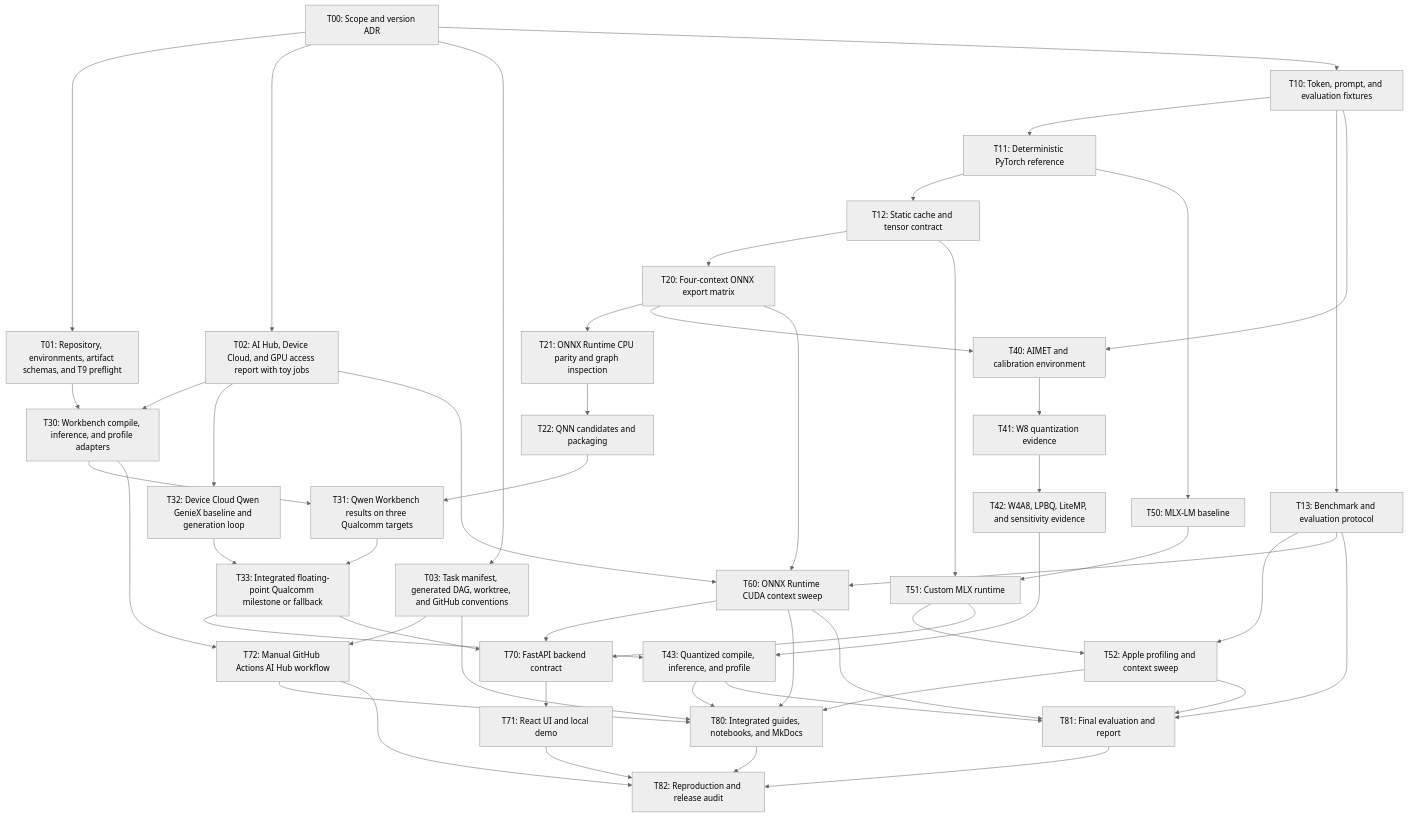
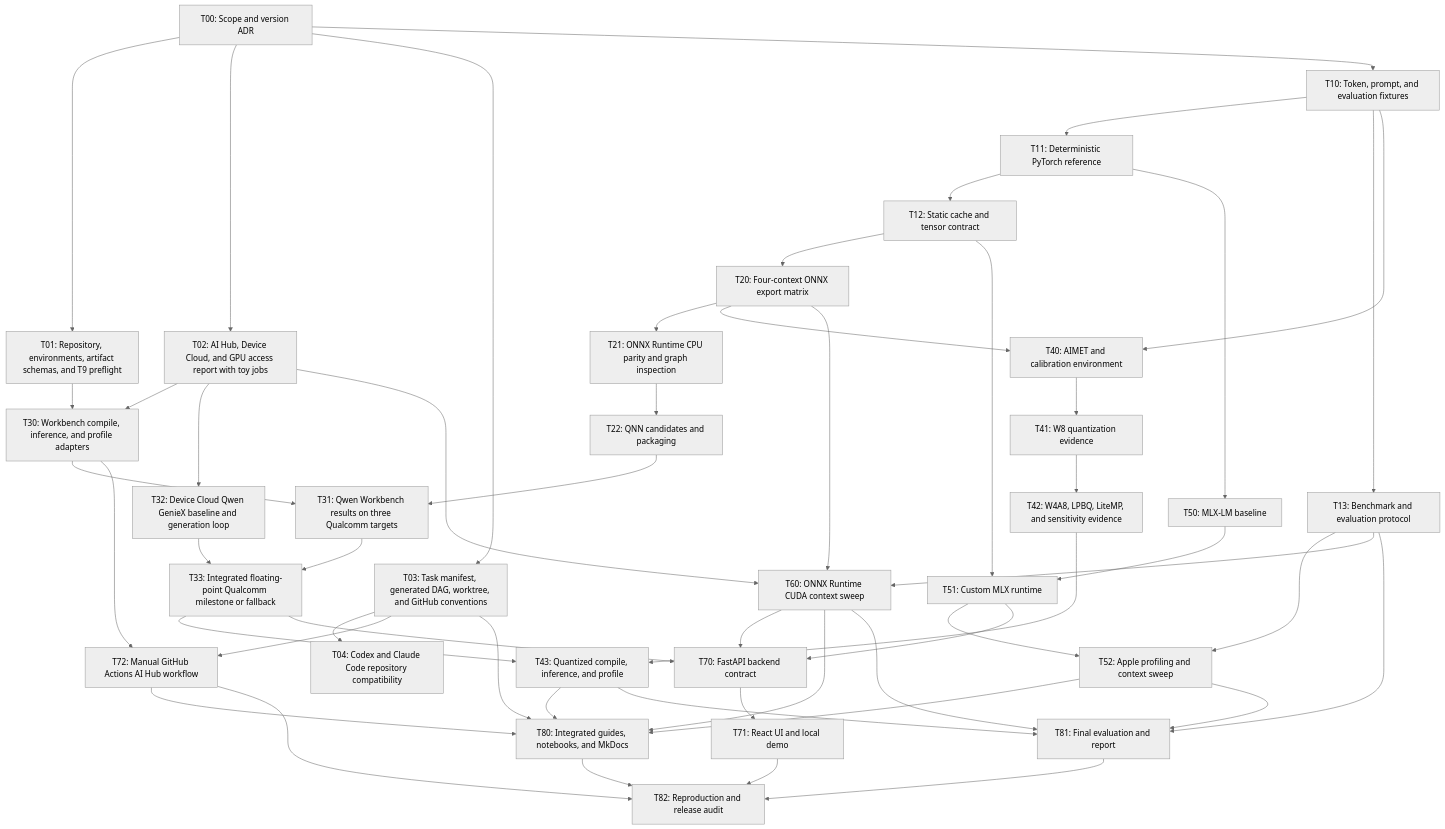
One commit to chayut-t/slm-deployment-lab changed the diagram in ai/tasks/status.generated.md. Above: the diagram before and after it, drawn with Mermaid (neutral theme). The commit also changed other lines of this file and 4 other files, not shown here.

```diff
--- a/ai/tasks/status.generated.md
+++ b/ai/tasks/status.generated.md
@@ -12,6 +12,7 @@
     T01["T01: Repository, environments, artifact schemas, and T9 preflight"]
     T02["T02: AI Hub, Device Cloud, and GPU access report with toy jobs"]
     T03["T03: Task manifest, generated DAG, worktree, and GitHub conventions"]
+    T04["T04: Codex and Claude Code repository compatibility"]
     T10["T10: Token, prompt, and evaluation fixtures"]
     T11["T11: Deterministic PyTorch reference"]
     T12["T12: Static cache and tensor contract"]
@@ -40,6 +41,7 @@
     T00 --> T01
     T00 --> T02
     T00 --> T03
+    T03 --> T04
     T00 --> T10
     T10 --> T11
     T11 --> T12
```
